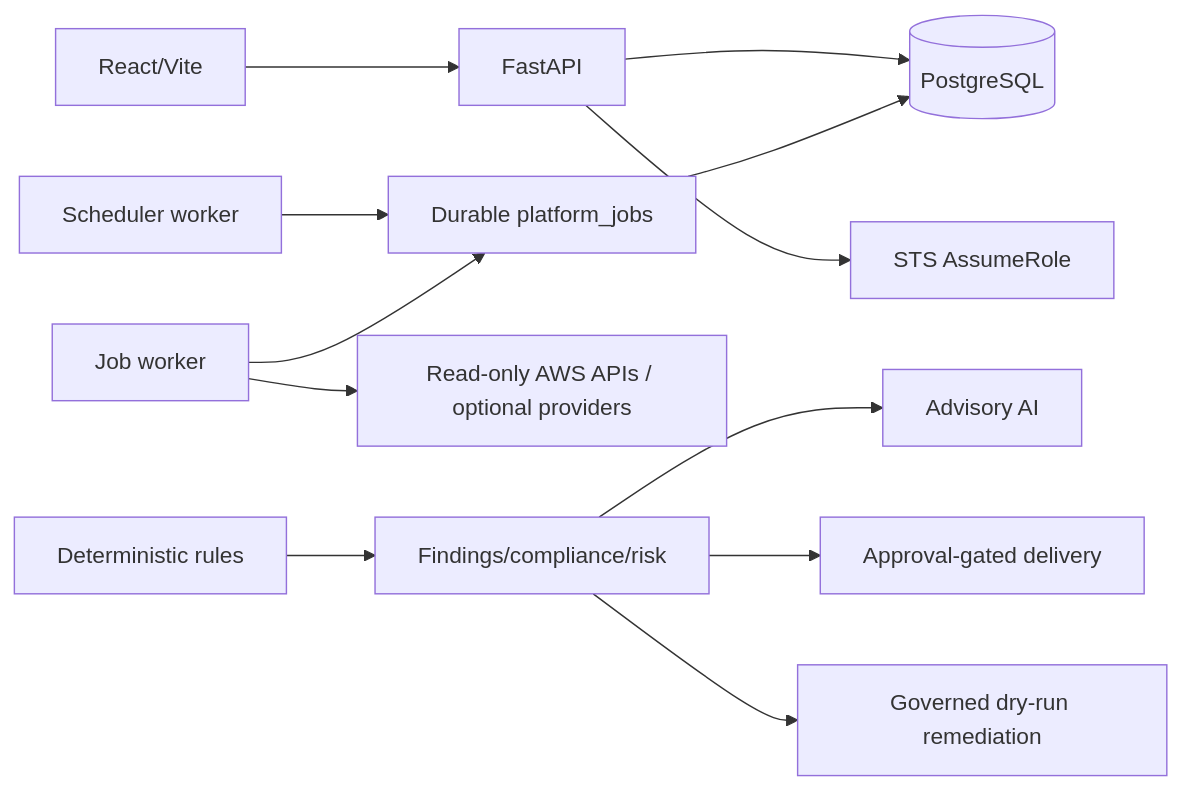
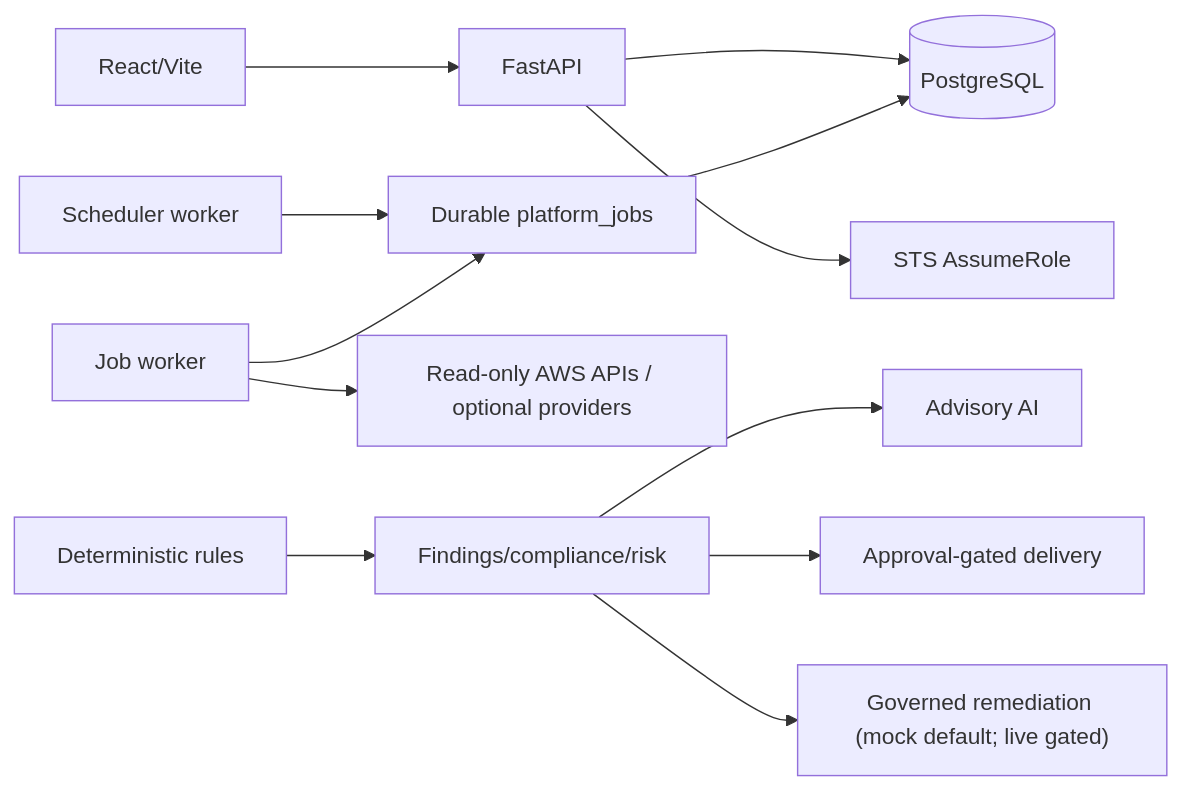
The diagram in README.md (cloudops-project/CloudOps), drawn with Mermaid before and after one commit. The commit also changed other lines of this file and 10 other files, not shown here.

Commit message:
docs(remediation): add live AWS sandbox runbook

````diff
--- a/README.md
+++ b/README.md
@@ -51,14 +54,14 @@
 ```mermaid
 flowchart LR
   Browser["React/Vite"] --> API["FastAPI"]
   API --> DB[("PostgreSQL")]
   Scheduler["Scheduler worker"] --> Jobs["Durable platform_jobs"]
   Worker["Job worker"] --> Jobs
   Jobs --> DB
   API --> STS["STS AssumeRole"]
   Worker --> AWS["Read-only AWS APIs / optional providers"]
   Rules["Deterministic rules"] --> Findings["Findings/compliance/risk"]
   Findings --> AI["Advisory AI"]
   Findings --> Notification["Approval-gated delivery"]
-  Findings --> Remediation["Governed dry-run remediation"]
+  Findings --> Remediation["Governed remediation (mock default; live gated)"]
 ```
````
